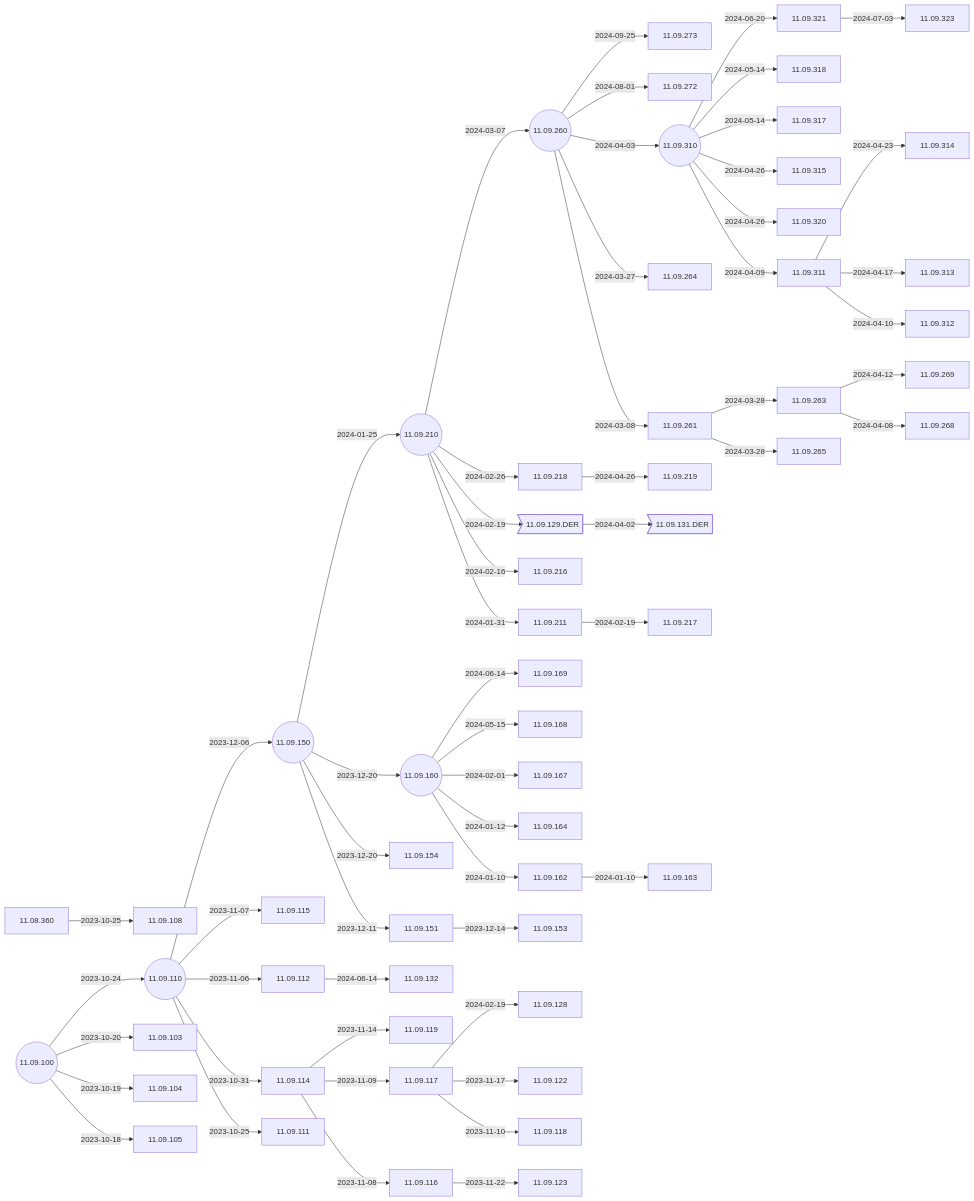
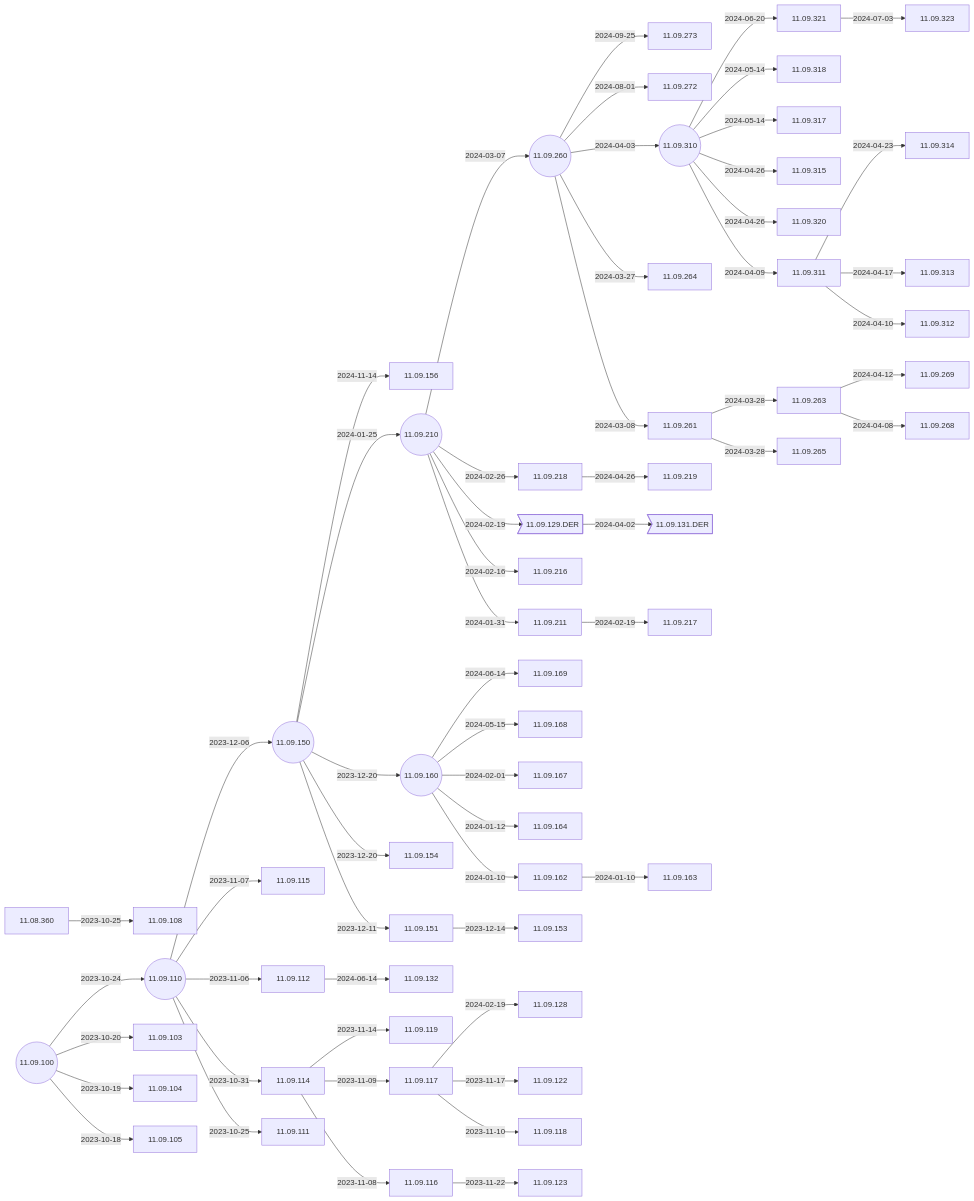
Before and after one commit to IGEL-Community/IGEL-Docs-v02: the third of 6 diagrams in docs/Docs/ReleaseNotes/01-OS11/README.md, drawn with Mermaid. The commit also changed 2 other files, not shown here.

Commit message:
OS 11.09.156 OS 11.09.156

````diff
--- a/docs/Docs/ReleaseNotes/01-OS11/README.md
+++ b/docs/Docs/ReleaseNotes/01-OS11/README.md
@@ -125,5 +125,6 @@
 ```mermaid
 flowchart LR
+    11.09.150-- 2024-11-14 -->11.09.156
     11.09.260-- 2024-09-25 -->11.09.273
     11.09.260-- 2024-08-01 -->11.09.272
     11.09.321-- 2024-07-03 -->11.09.323
@@ -181,6 +182,7 @@
     11.09.100-- 2023-10-19 -->11.09.104
     11.09.100-- 2023-10-18 -->11.09.105
     11.09.100((11.09.100))
+    click 11.09.156 "https://github.com/IGEL-Community/IGEL-Docs-v02/tree/main/docs/Docs/ReleaseNotes/01-OS11/readme11.09.156.txt" _blank
     click 11.09.273 "https://github.com/IGEL-Community/IGEL-Docs-v02/tree/main/docs/Docs/ReleaseNotes/01-OS11/readme11.09.273.txt" _blank
     click 11.09.272 "https://github.com/IGEL-Community/IGEL-Docs-v02/tree/main/docs/Docs/ReleaseNotes/01-OS11/readme11.09.272.txt" _blank
     click 11.09.323 "https://github.com/IGEL-Community/IGEL-Docs-v02/tree/main/docs/Docs/ReleaseNotes/01-OS11/readme11.09.323.txt" _blank
````
